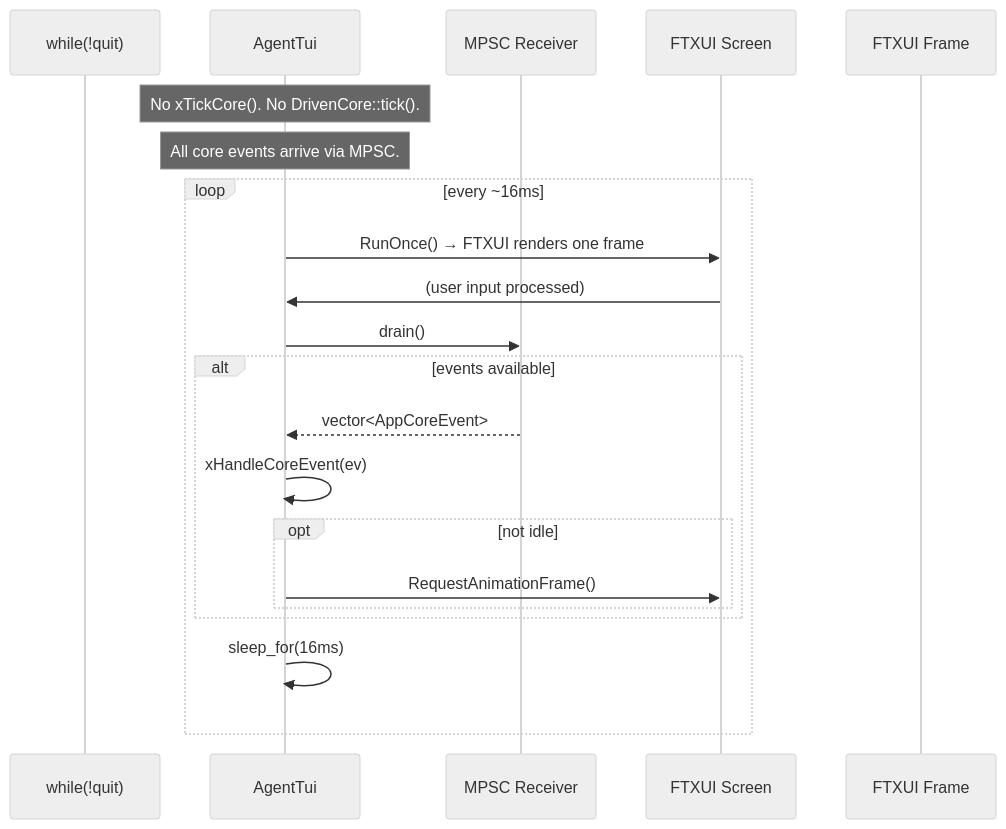
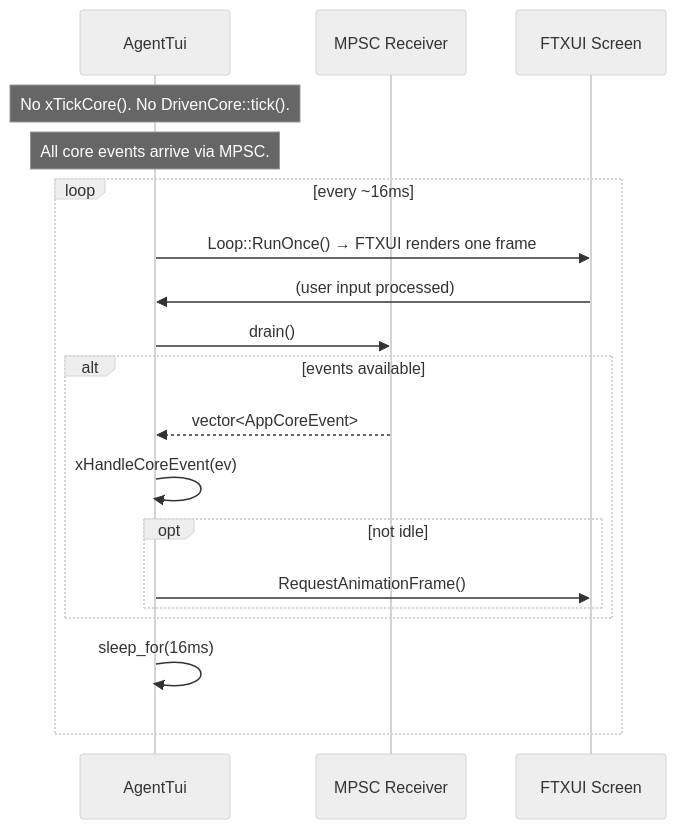
The sixth of 6 diagrams in src/tui/technical-specification.md (opensassi/a0), drawn with Mermaid (neutral theme) before and after one commit. The commit also changed other lines of this file and 165 other files, not shown here.

````diff
--- a/src/tui/technical-specification.md
+++ b/src/tui/technical-specification.md
@@ -779,28 +817,26 @@
 ```mermaid
 sequenceDiagram
-    participant loop as while(!quit)
     participant TUI as AgentTui
     participant EVT as MPSC Receiver
     participant f as FTXUI Screen
-    participant ft as FTXUI Frame
 
     Note over TUI: No xTickCore(). No DrivenCore::tick().
     Note over TUI: All core events arrive via MPSC.
 
     loop every ~16ms
-        TUI->>f: RunOnce() → FTXUI renders one frame
+        TUI->>f: Loop::RunOnce() → FTXUI renders one frame
         f->>TUI: (user input processed)
 
         TUI->>EVT: drain()
         alt events available
             EVT-->>TUI: vector<AppCoreEvent>
             TUI->>TUI: xHandleCoreEvent(ev)
 
             opt not idle
                 TUI->>f: RequestAnimationFrame()
             end
         end
 
         TUI->>TUI: sleep_for(16ms)
     end
 ```
````
